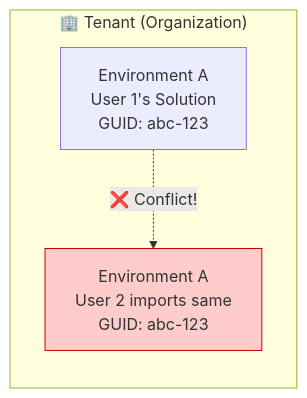
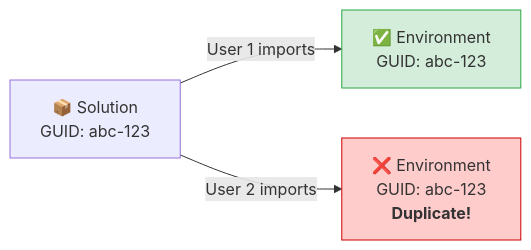
One commit to johantre/ms-outlook-invite changed the second of 4 diagrams in POWER-AUTOMATE-IMPORT.md. Above: the diagram before and after it, drawn with Mermaid. The commit also changed other lines of this file, not shown here.

````diff
--- a/POWER-AUTOMATE-IMPORT.md
+++ b/POWER-AUTOMATE-IMPORT.md
@@ -42,11 +44,10 @@
 ```mermaid
 flowchart LR
-    subgraph TENANT ["🏢 Tenant (Organization)"]
-        ENV1["Environment A<br/>User 1's Solution<br/>GUID: abc-123"]
-        ENV2["Environment A<br/>User 2 imports same<br/>GUID: abc-123"]
-    end
+    SOL["📦 Solution<br/>GUID: abc-123"]
 
-    ENV1 -.->|"❌ Conflict!"| ENV2
+    SOL -->|"User 1 imports"| ENV1["✅ Environment<br/>GUID: abc-123"]
+    SOL -->|"User 2 imports"| ENV2["❌ Environment<br/>GUID: abc-123<br/><b>Duplicate!</b>"]
 
+    style ENV1 fill:#d4edda,stroke:#28a745
     style ENV2 fill:#ffcccc,stroke:#cc0000
 ```
````
